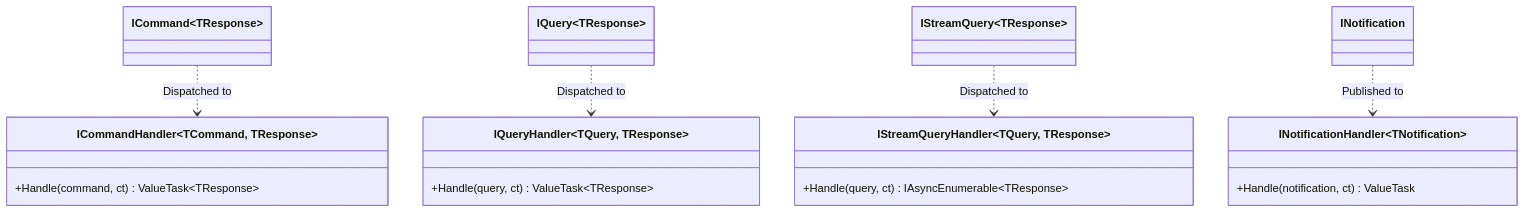
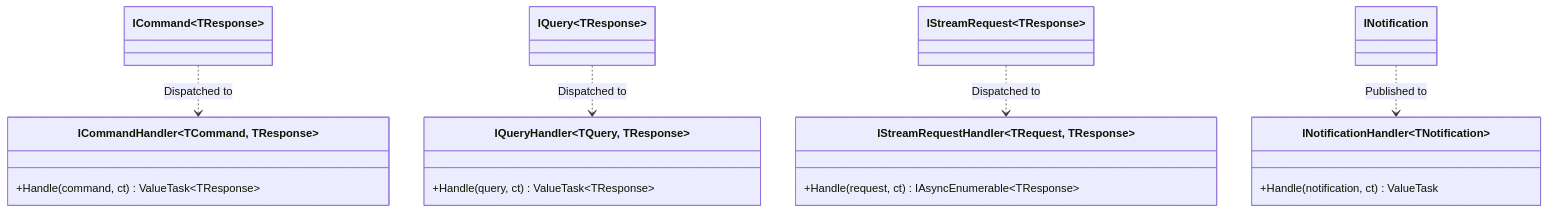
The diagram in docs/showcase-specification.md (ericksonlopezf/dotnet-mediator), drawn with Mermaid before and after one commit. The commit also changed other lines of this file and 216 other files, not shown here.

````diff
--- a/docs/showcase-specification.md
+++ b/docs/showcase-specification.md
@@ -38,25 +39,25 @@
 ```mermaid
 classDiagram
     class ICommand~TResponse~
     class IQuery~TResponse~
-    class IStreamQuery~TResponse~
+    class IStreamRequest~TResponse~
     class INotification
 
     class ICommandHandler~TCommand, TResponse~ {
         +Handle(command, ct) ValueTask~TResponse~
     }
     class IQueryHandler~TQuery, TResponse~ {
         +Handle(query, ct) ValueTask~TResponse~
     }
-    class IStreamQueryHandler~TQuery, TResponse~ {
-        +Handle(query, ct) IAsyncEnumerable~TResponse~
+    class IStreamRequestHandler~TRequest, TResponse~ {
+        +Handle(request, ct) IAsyncEnumerable~TResponse~
     }
     class INotificationHandler~TNotification~ {
         +Handle(notification, ct) ValueTask
     }
 
     ICommand ..> ICommandHandler : Dispatched to
     IQuery ..> IQueryHandler : Dispatched to
-    IStreamQuery ..> IStreamQueryHandler : Dispatched to
+    IStreamRequest ..> IStreamRequestHandler : Dispatched to
     INotification ..> INotificationHandler : Published to
 ```
````
